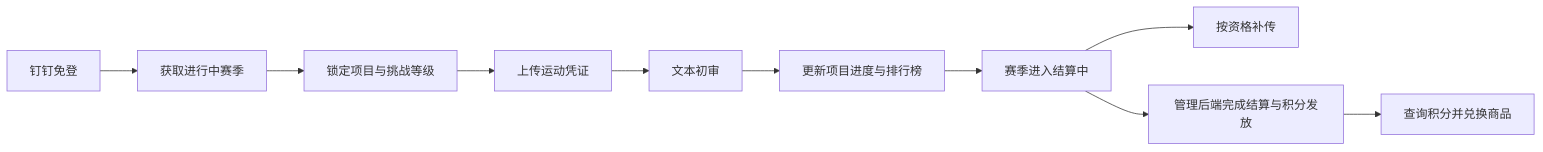
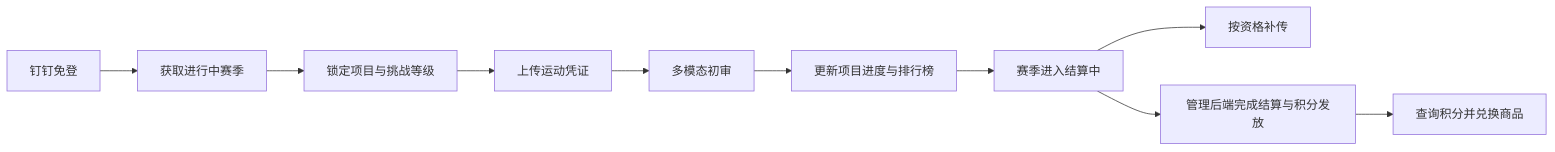
One commit to caicai-6666/flame-sport-pheno-be changed the diagram in README.md. Above: the diagram before and after it, drawn with Mermaid. The commit also changed other lines of this file and 51 other files, not shown here.

````diff
--- a/README.md
+++ b/README.md
@@ -25,12 +25,12 @@
 ```mermaid
 flowchart LR
     login[钉钉免登] --> season[获取进行中赛季]
     season --> project[锁定项目与挑战等级]
     project --> proof[上传运动凭证]
-    proof --> review[文本初审]
+    proof --> review[多模态初审]
     review --> progress[更新项目进度与排行榜]
     progress --> settling[赛季进入结算中]
     settling --> supplement[按资格补传]
     settling --> points[管理后端完成结算与积分发放]
     points --> shop[查询积分并兑换商品]
 ```
````
